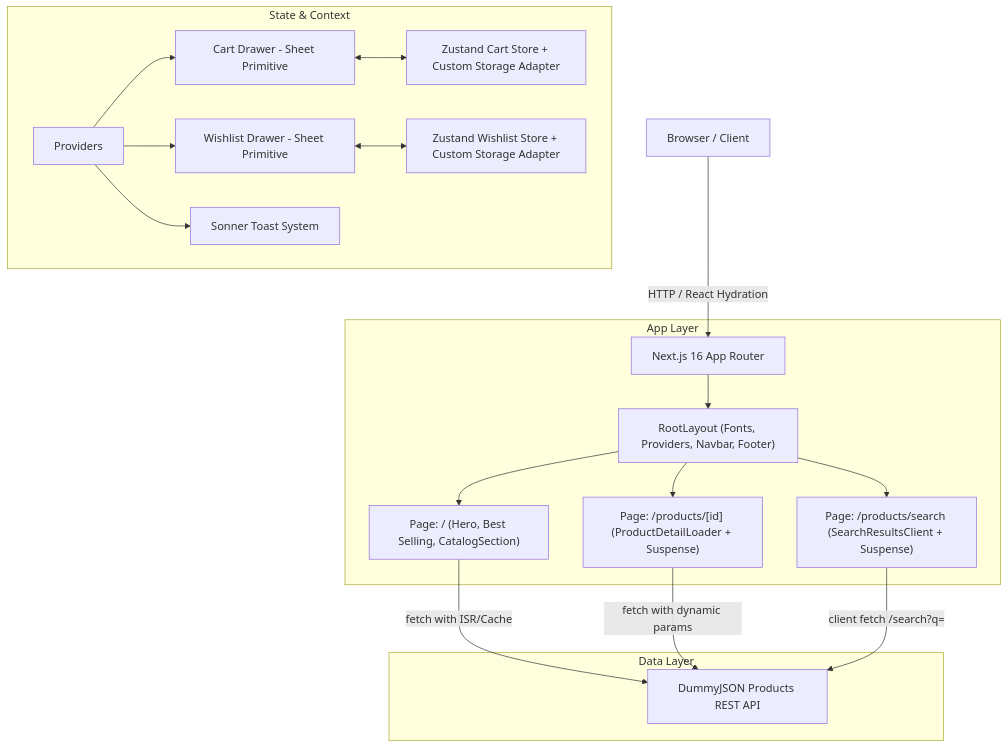
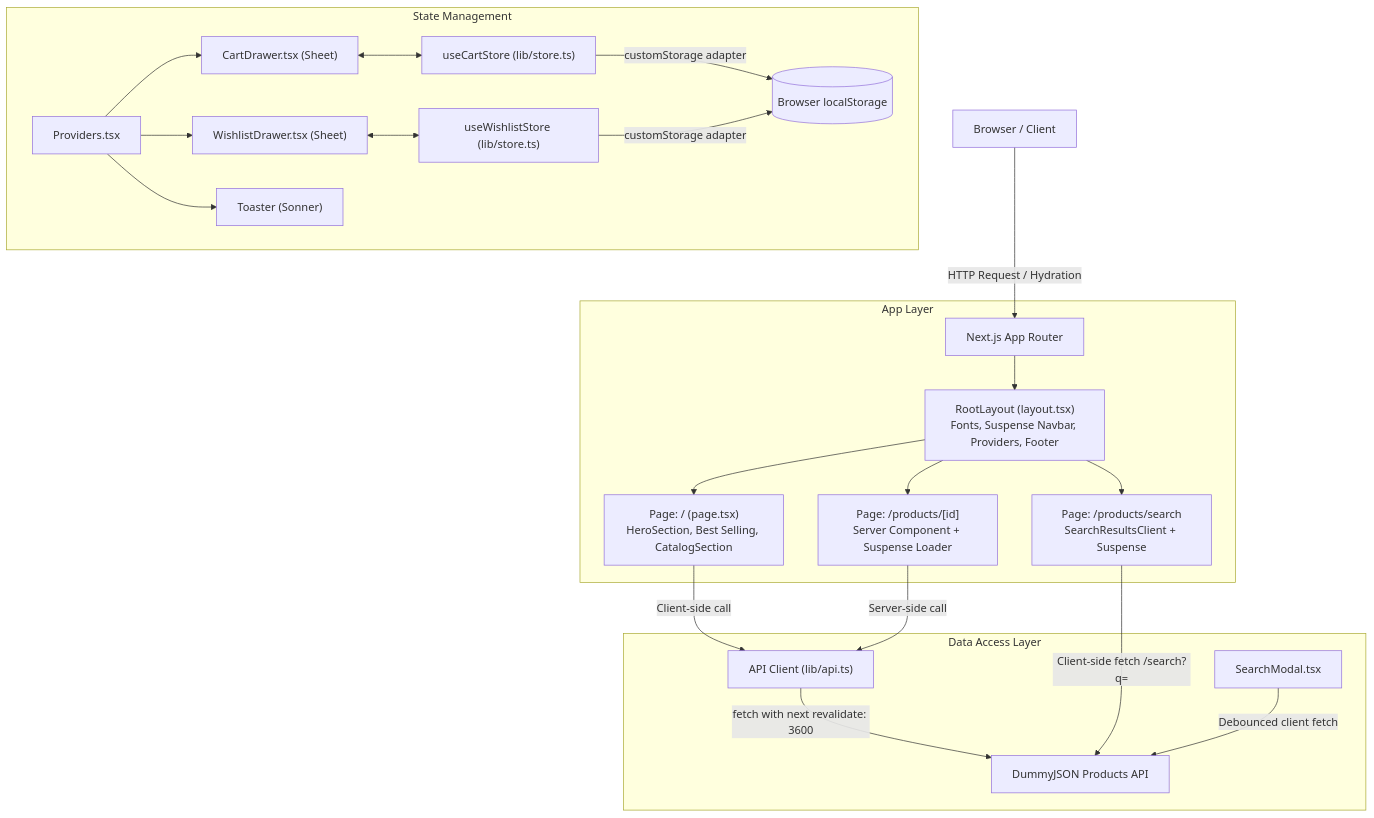
Before and after one commit to fatemedehghani/shop-ui: the diagram in README.md, drawn with Mermaid. The commit also changed other lines of this file and 1 other file, not shown here.

````diff
--- a/README.md
+++ b/README.md
@@ -117,25 +120,29 @@
 ```mermaid
 graph TD
-    Client[Browser / Client] -->|HTTP / React Hydration| AppRouter[Next.js 16 App Router]
-    
+    Client[Browser / Client] -->|HTTP Request / Hydration| AppRouter[Next.js App Router]
+
     subgraph App Layer
-        AppRouter --> Layout["RootLayout (Fonts, Providers, Navbar, Footer)"]
-        Layout --> HomePage["Page: / (Hero, Best Selling, CatalogSection)"]
-        Layout --> DetailPage["Page: /products/[id] (ProductDetailLoader + Suspense)"]
-        Layout --> SearchPage["Page: /products/search (SearchResultsClient + Suspense)"]
+        AppRouter --> Layout["RootLayout (layout.tsx)<br/>Fonts, Suspense Navbar, Providers, Footer"]
+        Layout --> HomePage["Page: / (page.tsx)<br/>HeroSection, Best Selling, CatalogSection"]
+        Layout --> DetailPage["Page: /products/[id]<br/>Server Component + Suspense Loader"]
+        Layout --> SearchPage["Page: /products/search<br/>SearchResultsClient + Suspense"]
     end
 
-    subgraph State & Context
-        Providers --> CartDrawer[Cart Drawer - Sheet Primitive]
-        Providers --> WishlistDrawer[Wishlist Drawer - Sheet Primitive]
-        Providers --> Toaster[Sonner Toast System]
-        CartDrawer <--> ZustandCart[Zustand Cart Store + Custom Storage Adapter]
-        WishlistDrawer <--> ZustandWishlist[Zustand Wishlist Store + Custom Storage Adapter]
+    subgraph Data Access Layer
+        HomePage -->|Client-side call| APIClient["API Client (lib/api.ts)"]
+        DetailPage -->|Server-side call| APIClient
+        APIClient -->|fetch with next revalidate: 3600| DummyAPI["DummyJSON Products API"]
+        SearchPage -->|Client-side fetch /search?q=| DummyAPI
+        SearchModal["SearchModal.tsx"] -->|Debounced client fetch| DummyAPI
     end
 
-    subgraph Data Layer
-        HomePage -->|fetch with ISR/Cache| DummyAPI[DummyJSON Products REST API]
-        DetailPage -->|fetch with dynamic params| DummyAPI
-        SearchPage -->|client fetch /search?q=| DummyAPI
+    subgraph State Management
+        Providers["Providers.tsx"] --> CartDrawer["CartDrawer.tsx (Sheet)"]
+        Providers --> WishlistDrawer["WishlistDrawer.tsx (Sheet)"]
+        Providers --> Toaster["Toaster (Sonner)"]
+        CartDrawer <--> ZustandCart["useCartStore (lib/store.ts)"]
+        WishlistDrawer <--> ZustandWishlist["useWishlistStore (lib/store.ts)"]
+        ZustandCart -->|customStorage adapter| LocalStorage[(Browser localStorage)]
+        ZustandWishlist -->|customStorage adapter| LocalStorage
     end
 ```
````
